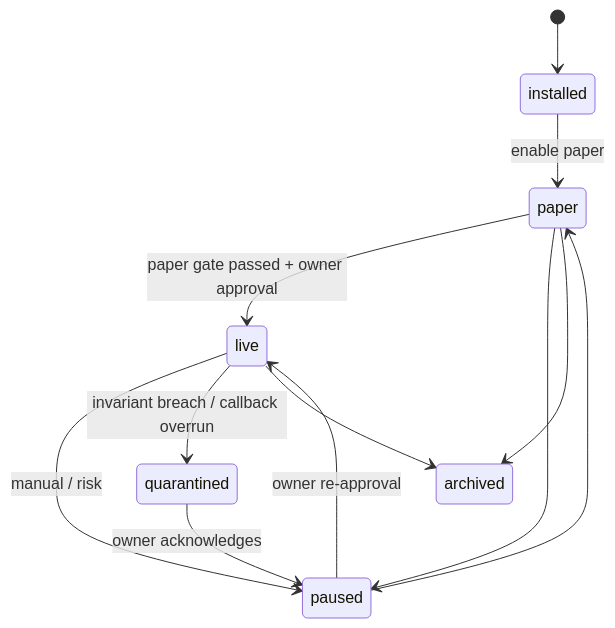
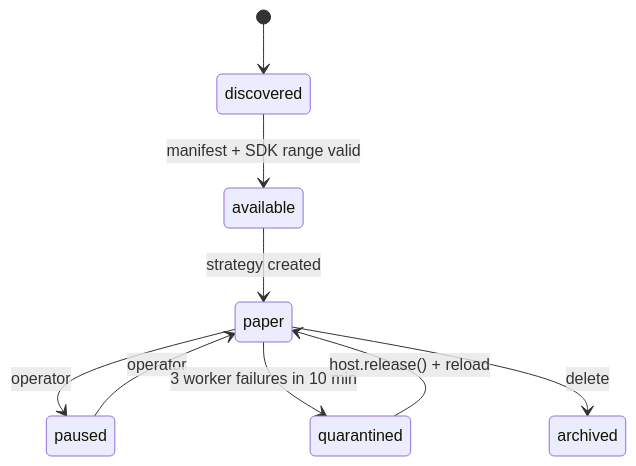
Before and after one commit to 0xJ1nn/ezchain: the diagram in docs/STRATEGY-SDK.md, drawn with Mermaid. The commit also changed other lines of this file and 72 other files, not shown here.

First line of the commit message:
feat(sdk): strategy plugins, paper gate and MCP agent surface (#133)

````diff
--- a/docs/STRATEGY-SDK.md
+++ b/docs/STRATEGY-SDK.md
@@ -99,14 +167,11 @@
 ```mermaid
 stateDiagram-v2
-  [*] --> installed
-  installed --> paper: enable paper
-  paper --> live: paper gate passed + owner approval
-  live --> paused: manual / risk
-  paper --> paused
-  paused --> paper
-  paused --> live: owner re-approval
-  live --> quarantined: invariant breach / callback overrun
-  quarantined --> paused: owner acknowledges
-  live --> archived
-  paper --> archived
+  [*] --> discovered
+  discovered --> available: manifest + SDK range valid
+  available --> paper: strategy created
+  paper --> paused: operator
+  paused --> paper: operator
+  paper --> quarantined: 3 worker failures in 10 min
+  quarantined --> paper: host.release() + reload
+  paper --> archived: delete
 ```
````
